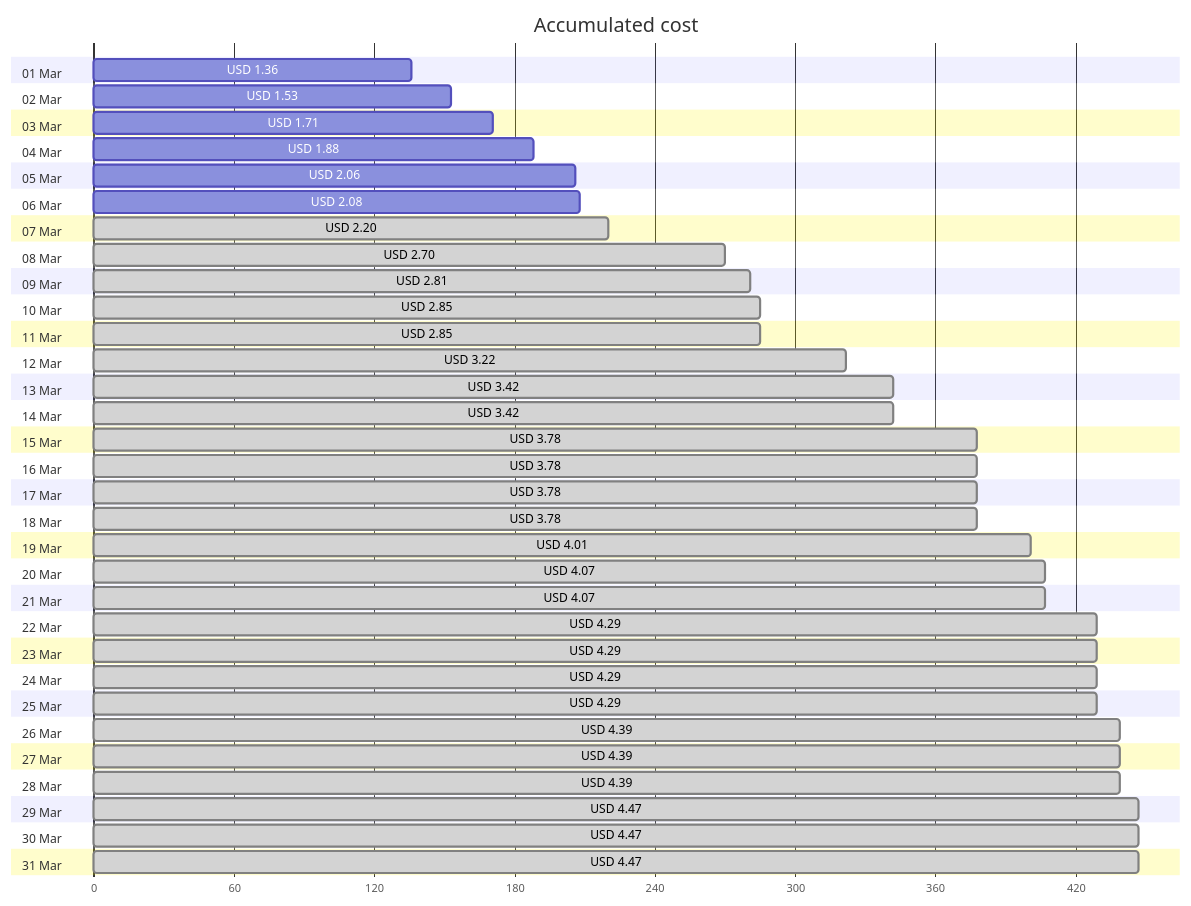
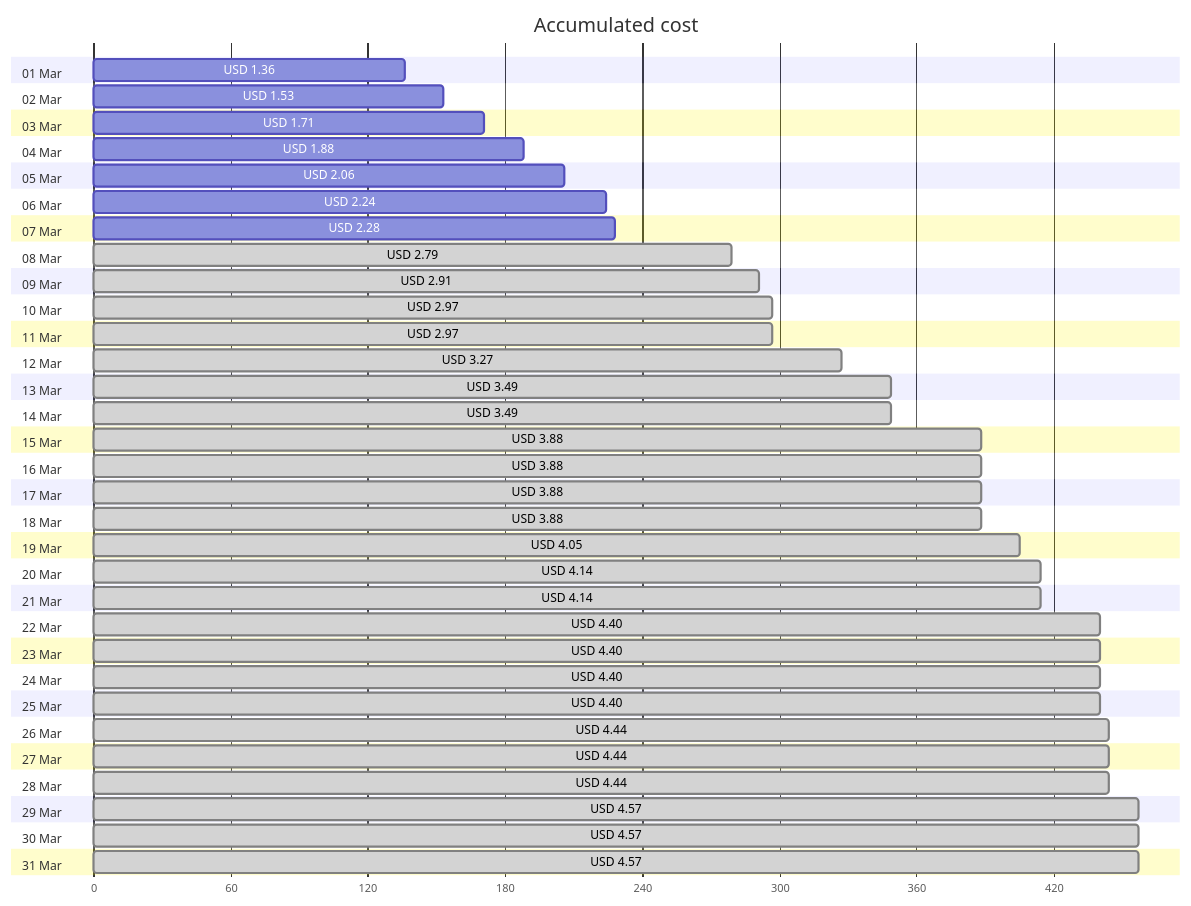
One commit to jpfulton/azure-personal-reports changed the first of 4 diagrams in cost-reports/personal-network/vpn-server.md. Above: the diagram before and after it, drawn with Mermaid. The commit also changed other lines of this file and 8 other files, not shown here.

````diff
--- a/cost-reports/personal-network/vpn-server.md
+++ b/cost-reports/personal-network/vpn-server.md
@@ -20,68 +20,68 @@
 ```mermaid
 gantt
    title Accumulated cost
    dateFormat  X
    axisFormat %s
    section 01 Mar
    USD 1.36 :0, 136
    section 02 Mar
    USD 1.53 :0, 153
    section 03 Mar
    USD 1.71 :0, 171
    section 04 Mar
    USD 1.88 :0, 188
    section 05 Mar
    USD 2.06 :0, 206
    section 06 Mar
-   USD 2.08 :0, 208
+   USD 2.24 :0, 224
    section 07 Mar
-   USD 2.20 : done, 0, 220
+   USD 2.28 :0, 228
    section 08 Mar
-   USD 2.70 : done, 0, 270
+   USD 2.79 : done, 0, 279
    section 09 Mar
-   USD 2.81 : done, 0, 281
+   USD 2.91 : done, 0, 291
    section 10 Mar
-   USD 2.85 : done, 0, 285
+   USD 2.97 : done, 0, 297
    section 11 Mar
-   USD 2.85 : done, 0, 285
+   USD 2.97 : done, 0, 297
    section 12 Mar
-   USD 3.22 : done, 0, 322
+   USD 3.27 : done, 0, 327
    section 13 Mar
-   USD 3.42 : done, 0, 342
+   USD 3.49 : done, 0, 349
    section 14 Mar
-   USD 3.42 : done, 0, 342
+   USD 3.49 : done, 0, 349
    section 15 Mar
-   USD 3.78 : done, 0, 378
+   USD 3.88 : done, 0, 388
    section 16 Mar
-   USD 3.78 : done, 0, 378
+   USD 3.88 : done, 0, 388
    section 17 Mar
-   USD 3.78 : done, 0, 378
+   USD 3.88 : done, 0, 388
    section 18 Mar
-   USD 3.78 : done, 0, 378
+   USD 3.88 : done, 0, 388
    section 19 Mar
-   USD 4.01 : done, 0, 401
+   USD 4.05 : done, 0, 405
    section 20 Mar
-   USD 4.07 : done, 0, 407
+   USD 4.14 : done, 0, 414
    section 21 Mar
-   USD 4.07 : done, 0, 407
+   USD 4.14 : done, 0, 414
    section 22 Mar
-   USD 4.29 : done, 0, 429
+   USD 4.40 : done, 0, 440
    section 23 Mar
-   USD 4.29 : done, 0, 429
+   USD 4.40 : done, 0, 440
    section 24 Mar
-   USD 4.29 : done, 0, 429
+   USD 4.40 : done, 0, 440
    section 25 Mar
-   USD 4.29 : done, 0, 429
+   USD 4.40 : done, 0, 440
    section 26 Mar
-   USD 4.39 : done, 0, 439
+   USD 4.44 : done, 0, 444
    section 27 Mar
-   USD 4.39 : done, 0, 439
+   USD 4.44 : done, 0, 444
    section 28 Mar
-   USD 4.39 : done, 0, 439
+   USD 4.44 : done, 0, 444
    section 29 Mar
-   USD 4.47 : done, 0, 447
+   USD 4.57 : done, 0, 457
    section 30 Mar
-   USD 4.47 : done, 0, 447
+   USD 4.57 : done, 0, 457
    section 31 Mar
-   USD 4.47 : done, 0, 447
+   USD 4.57 : done, 0, 457
 ```
````
